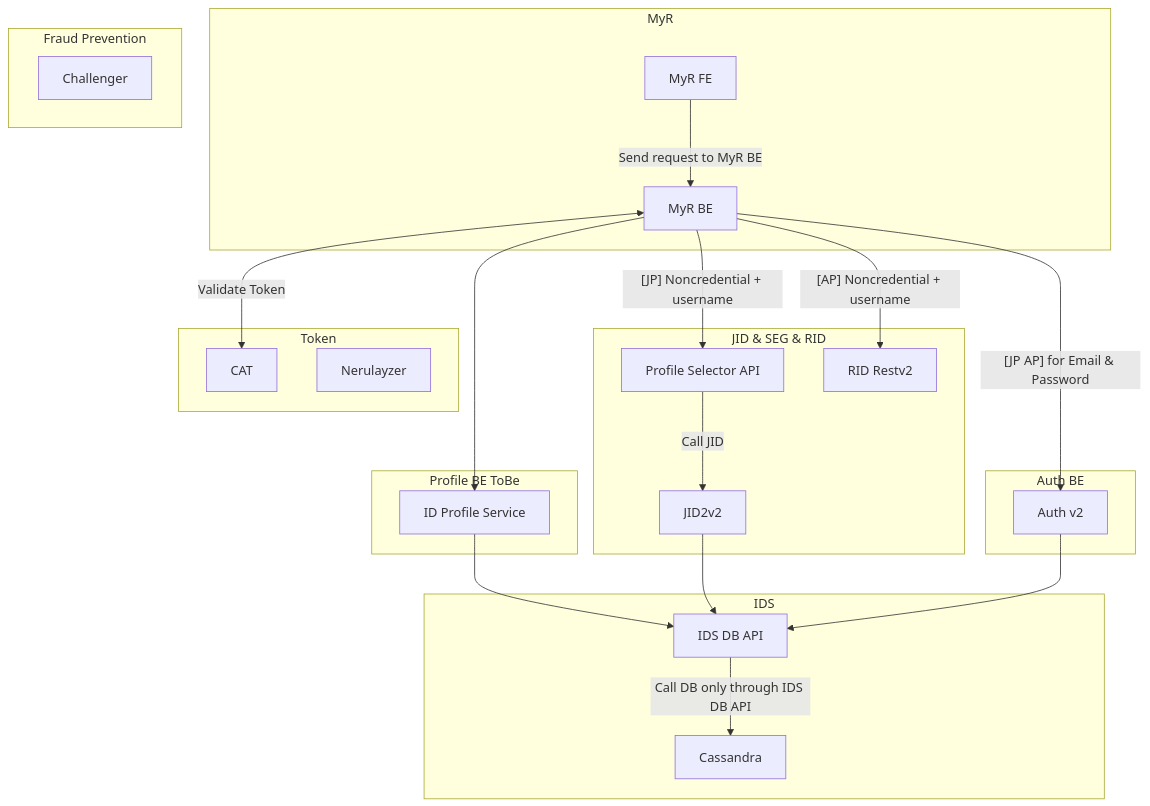
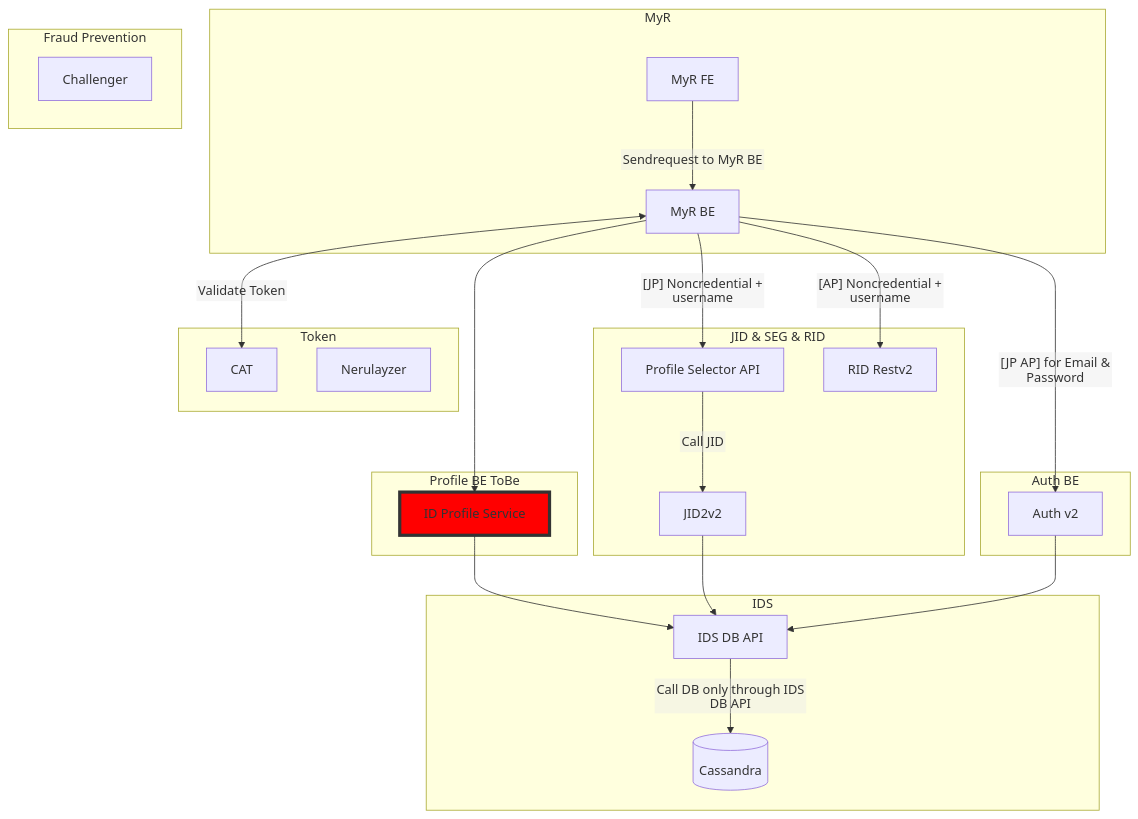
One commit to micahhlc/info-general changed the diagram in MyR_Architecture.mer.md. Above: the diagram before and after it, drawn with Mermaid. The commit also changed 4 other files, not shown here.

Commit message:
update mermaid and markdown files

````diff
--- a/MyR_Architecture.mer.md
+++ b/MyR_Architecture.mer.md
@@ -1,48 +1,57 @@
 ```mermaid
+---
+config:
+  flowchart:
+    htmlLabels: false
+---
+flowchart 
 
-graph 
+classDef red fill:#f00,stroke:#333,stroke-width:4px;
+
     subgraph MyR
         FE.MyR[MyR FE]
         BE.MyR[MyR BE]
     end
 
     subgraph Fraud Prevention
         Challenger[Challenger]
     end
 
     subgraph Profile BE ToBe
-        IDPS[ID Profile Service]
+        IDPS["ID Profile Service"]
     end
+    class IDPS red
 
     subgraph Auth BE
         BE.Authv2[Auth v2]
     end
 
     subgraph JID & SEG & RID
         BE.ProfileSelector[Profile Selector API]
         BE.JID2v2[JID2v2]
         BE.Restv2[RID Restv2]
     end
 
     subgraph Token
         CAT[CAT]
         Nerulayzer[Nerulayzer]
     end
 
     subgraph IDS
         DB.API[IDS DB API]
-        DB[Cassandra]
+        DB[(Cassandra)]
     end
 
     BE.MyR -- " " --> IDPS
     IDPS -- " " --> DB.API
-    FE.MyR -- "Send request to MyR BE" --> BE.MyR
-    BE.MyR -- "[JP] Noncredential + username" --> BE.ProfileSelector
+    FE.MyR -- "Sendrequest to MyR BE" --> BE.MyR
+    BE.MyR -- "`[JP] Noncredential + username`" --> BE.ProfileSelector
     BE.MyR <-- "Validate Token" --> CAT
     BE.MyR -- "[AP] Noncredential + username" --> BE.Restv2
     BE.MyR -- "[JP AP] for Email & Password" --> BE.Authv2
     BE.ProfileSelector -- "Call JID" --> BE.JID2v2
     BE.JID2v2 -- " " --> DB.API
     BE.Authv2 -- " " --> DB.API
     DB.API -- "Call DB only through IDS DB API" --> DB
+
 ```
````
